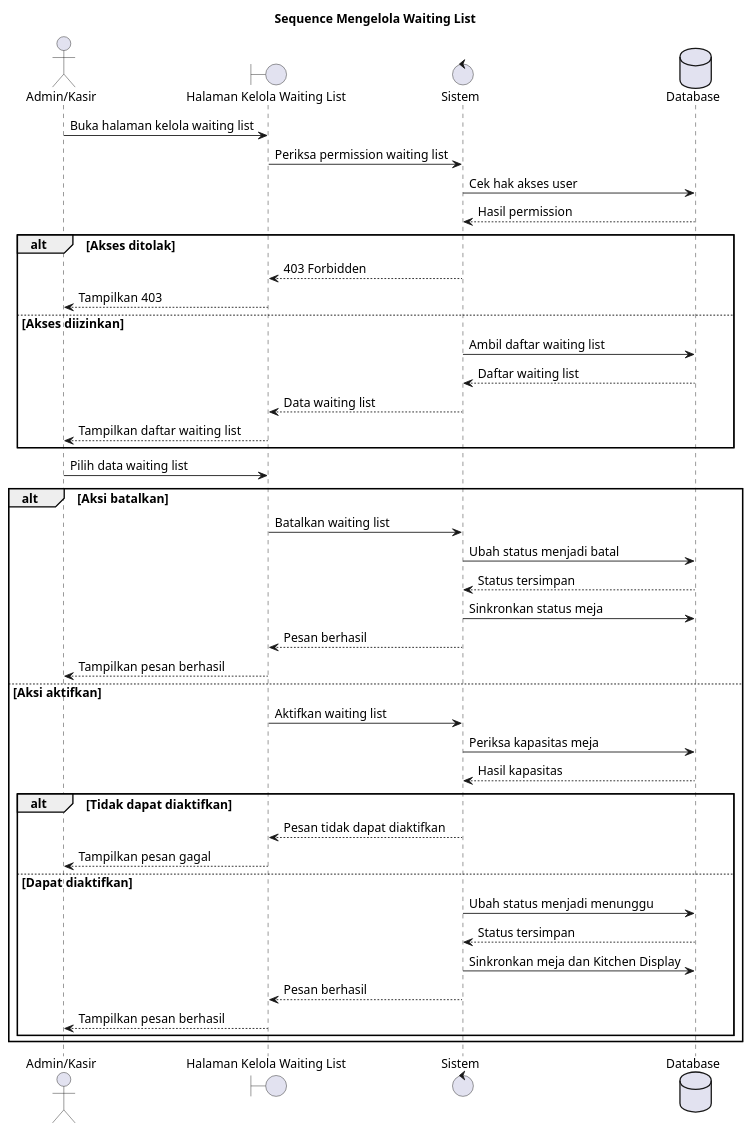
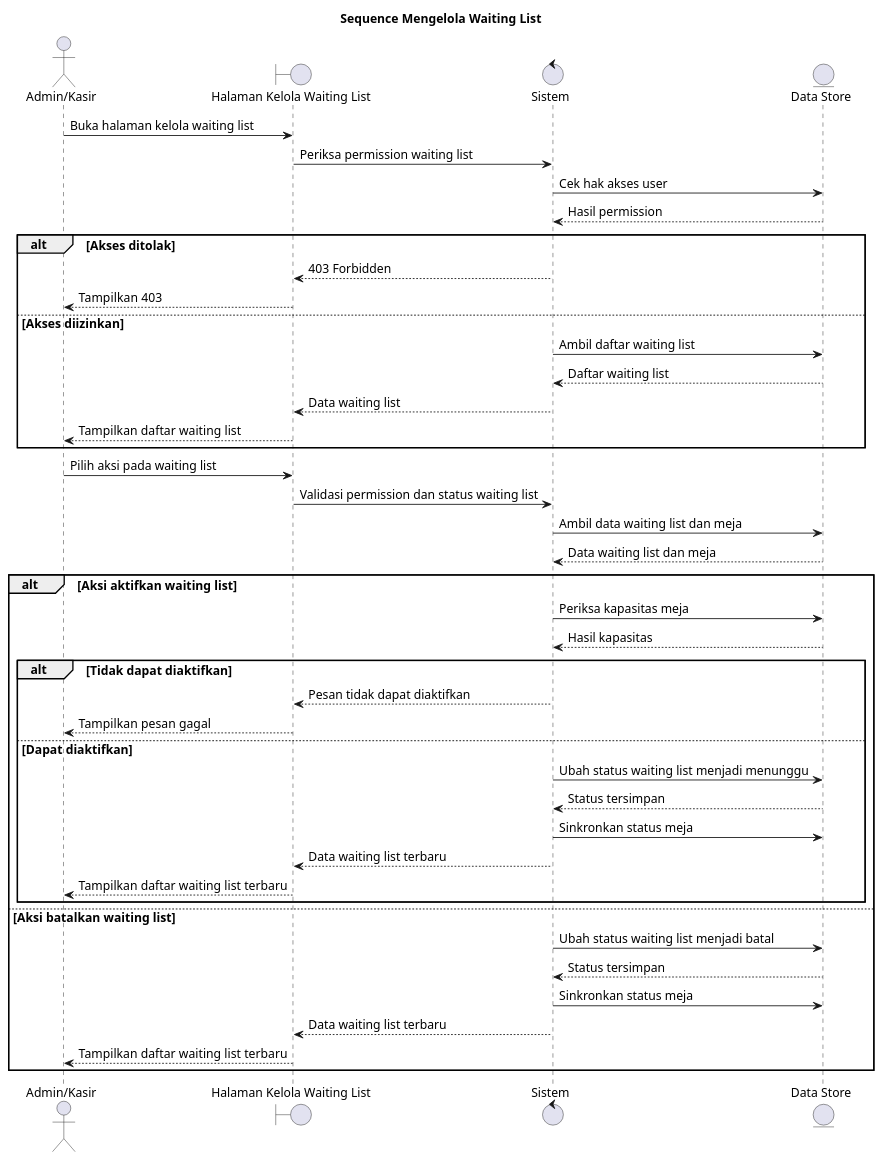
Diagram 11 of 15 in docs/sequence-diagrams-plantuml.md (Samaelzco/warung_baleganjur), drawn with PlantUML before and after one commit. The commit also changed other lines of this file and 35 other files, not shown here.

````diff
--- a/docs/sequence-diagrams-plantuml.md
+++ b/docs/sequence-diagrams-plantuml.md
@@ -453,55 +475,56 @@
 ```plantuml
 @startuml
 title Sequence Mengelola Waiting List
 
 skinparam defaultFontName Arial
 skinparam defaultFontSize 14
 
 actor "Admin/Kasir" as AdminKasir
 boundary "Halaman Kelola Waiting List" as Page
 control "Sistem" as System
-database "Database" as DB
+entity "Data Store" as DB
 
 AdminKasir -> Page: Buka halaman kelola waiting list
 Page -> System: Periksa permission waiting list
 System -> DB: Cek hak akses user
 DB --> System: Hasil permission
 
 alt Akses ditolak
     System --> Page: 403 Forbidden
     Page --> AdminKasir: Tampilkan 403
 else Akses diizinkan
     System -> DB: Ambil daftar waiting list
     DB --> System: Daftar waiting list
     System --> Page: Data waiting list
     Page --> AdminKasir: Tampilkan daftar waiting list
 end
 
-AdminKasir -> Page: Pilih data waiting list
+AdminKasir -> Page: Pilih aksi pada waiting list
+Page -> System: Validasi permission dan status waiting list
+System -> DB: Ambil data waiting list dan meja
+DB --> System: Data waiting list dan meja
 
-alt Aksi batalkan
-    Page -> System: Batalkan waiting list
-    System -> DB: Ubah status menjadi batal
-    DB --> System: Status tersimpan
-    System -> DB: Sinkronkan status meja
-    System --> Page: Pesan berhasil
-    Page --> AdminKasir: Tampilkan pesan berhasil
-else Aksi aktifkan
-    Page -> System: Aktifkan waiting list
+alt Aksi aktifkan waiting list
     System -> DB: Periksa kapasitas meja
     DB --> System: Hasil kapasitas
 
     alt Tidak dapat diaktifkan
         System --> Page: Pesan tidak dapat diaktifkan
         Page --> AdminKasir: Tampilkan pesan gagal
     else Dapat diaktifkan
-        System -> DB: Ubah status menjadi menunggu
+        System -> DB: Ubah status waiting list menjadi menunggu
         DB --> System: Status tersimpan
-        System -> DB: Sinkronkan meja dan Kitchen Display
-        System --> Page: Pesan berhasil
-        Page --> AdminKasir: Tampilkan pesan berhasil
+        System -> DB: Sinkronkan status meja
+        System --> Page: Data waiting list terbaru
+        Page --> AdminKasir: Tampilkan daftar waiting list terbaru
     end
+else Aksi batalkan waiting list
+    System -> DB: Ubah status waiting list menjadi batal
+    DB --> System: Status tersimpan
+    System -> DB: Sinkronkan status meja
+    System --> Page: Data waiting list terbaru
+    Page --> AdminKasir: Tampilkan daftar waiting list terbaru
 end
 
 @enduml
 ```
````
